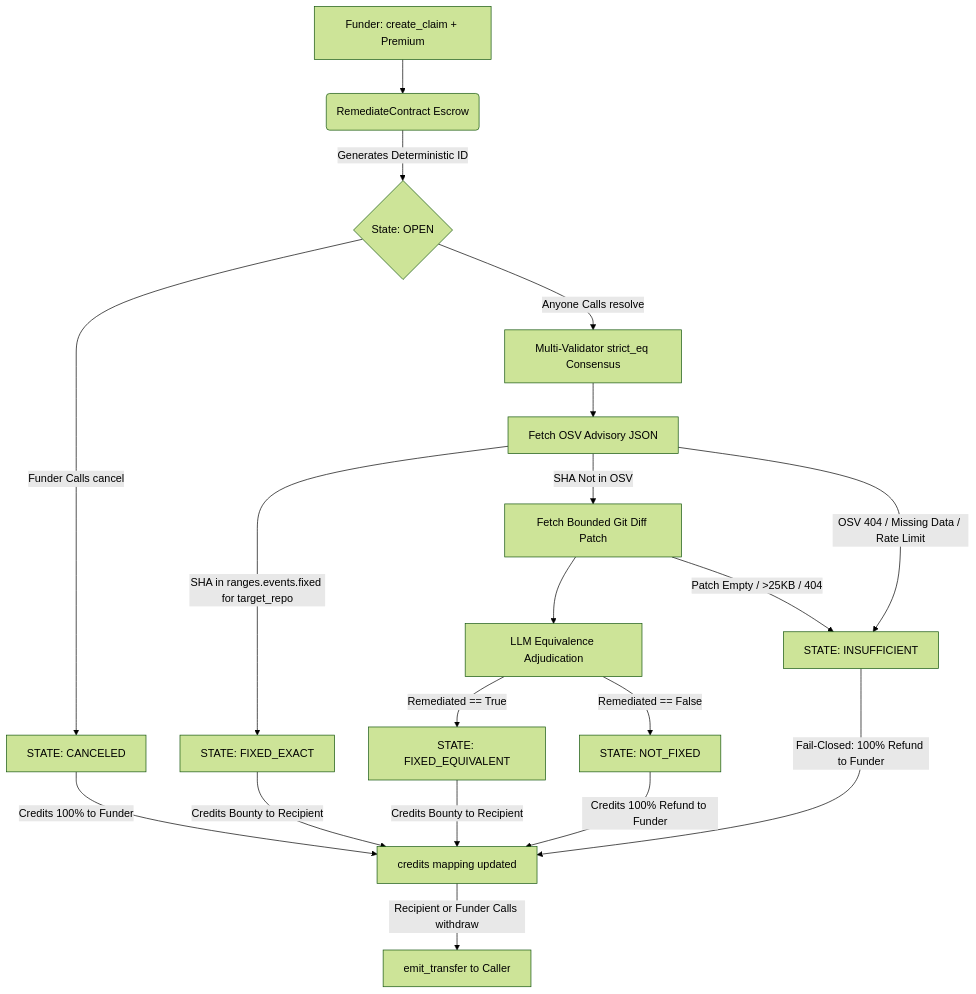
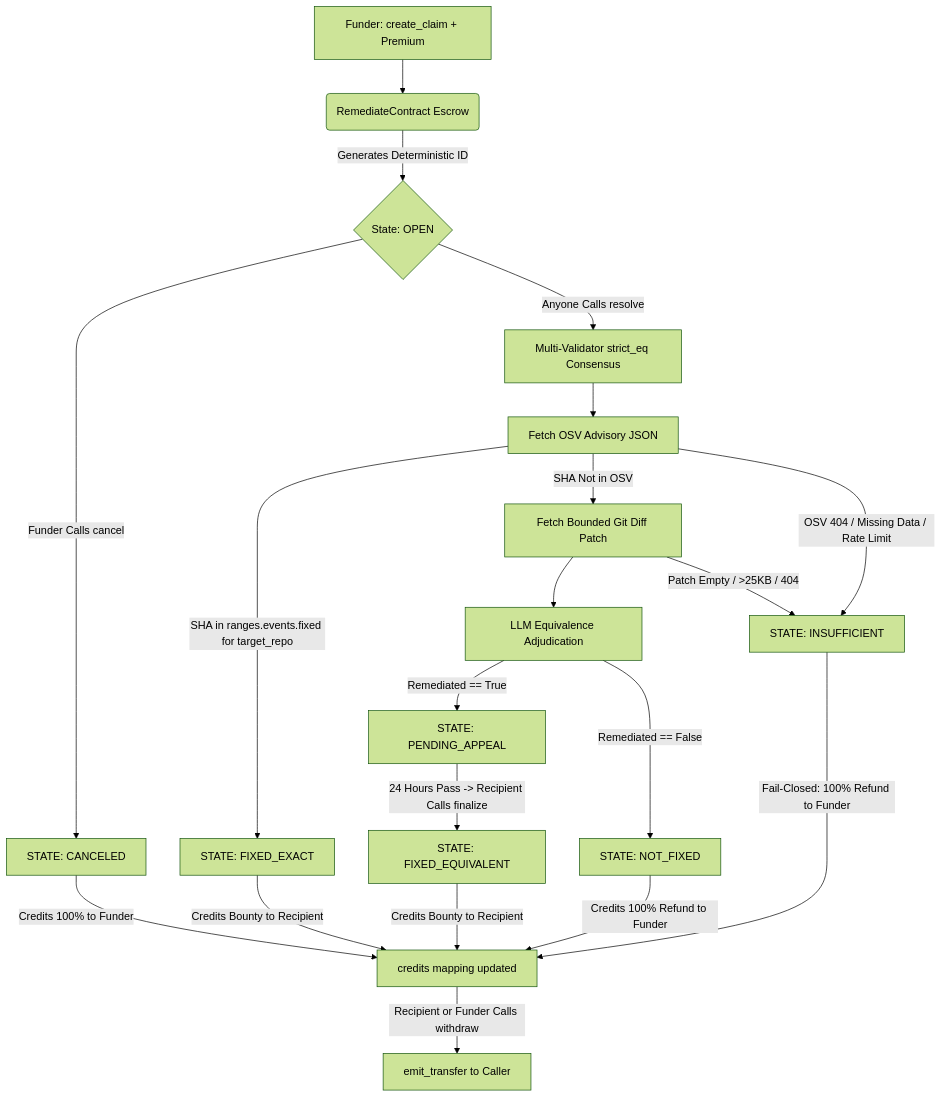
The diagram in README.md (edwarderlick/remediate), drawn with Mermaid (forest theme) before and after one commit. The commit also changed other lines of this file and 9 other files, not shown here.

Commit message:
feat: Add PENDING_APPEAL state, time-locks, and fix UI

````diff
--- a/README.md
+++ b/README.md
@@ -23,28 +23,29 @@
 ```mermaid
 graph TD
     A[Funder: create_claim + Premium] --> B(RemediateContract Escrow)
     B -->|Generates Deterministic ID| C{State: OPEN}
     
     C -->|Funder Calls cancel| D[STATE: CANCELED]
     D -->|Credits 100% to Funder| W[credits mapping updated]
     
     C -->|Anyone Calls resolve| E[Multi-Validator strict_eq Consensus]
     E --> F[Fetch OSV Advisory JSON]
     
     F -->|SHA in ranges.events.fixed for target_repo| G[STATE: FIXED_EXACT]
     G -->|Credits Bounty to Recipient| W
     
     F -->|SHA Not in OSV| H[Fetch Bounded Git Diff Patch]
     H --> I[LLM Equivalence Adjudication]
-    I -->|Remediated == True| J[STATE: FIXED_EQUIVALENT]
-    J -->|Credits Bounty to Recipient| W
+    I -->|Remediated == True| J[STATE: PENDING_APPEAL]
+    J -->|24 Hours Pass -> Recipient Calls finalize| P[STATE: FIXED_EQUIVALENT]
+    P -->|Credits Bounty to Recipient| W
     I -->|Remediated == False| K[STATE: NOT_FIXED]
     K -->|Credits 100% Refund to Funder| W
     
     F -->|OSV 404 / Missing Data / Rate Limit| L[STATE: INSUFFICIENT]
     L -->|Fail-Closed: 100% Refund to Funder| W
     
     H -->|Patch Empty / >25KB / 404| L
     
     W -->|Recipient or Funder Calls withdraw| M[emit_transfer to Caller]
 ```
````
